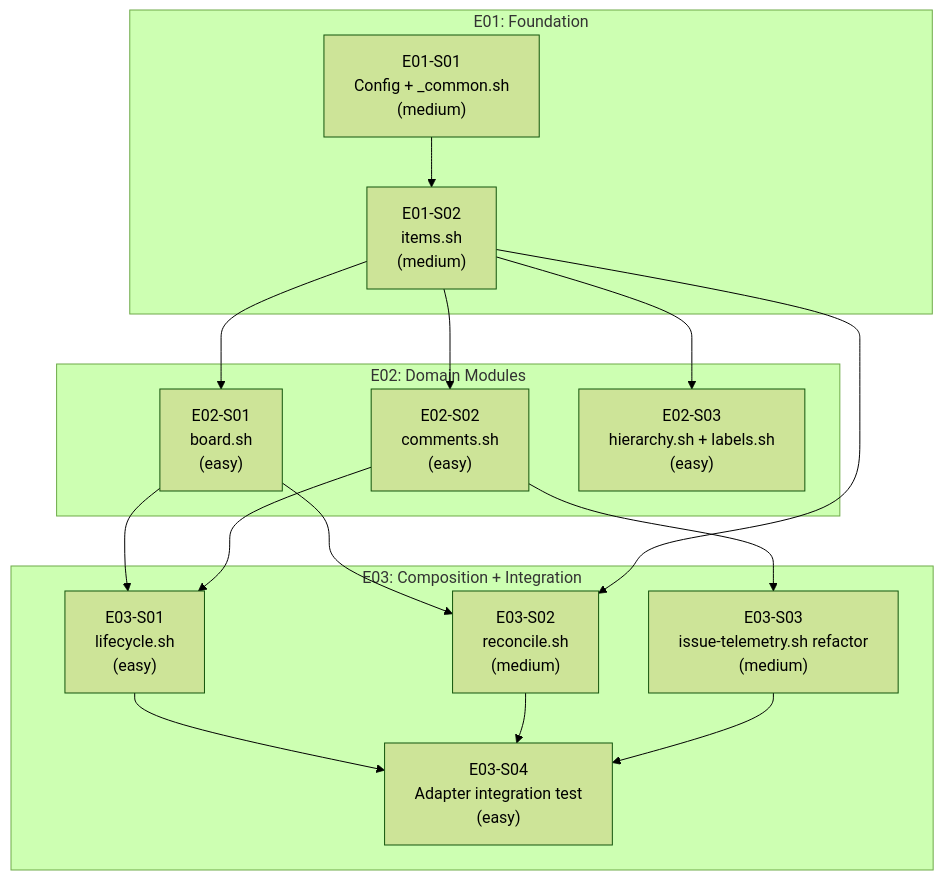
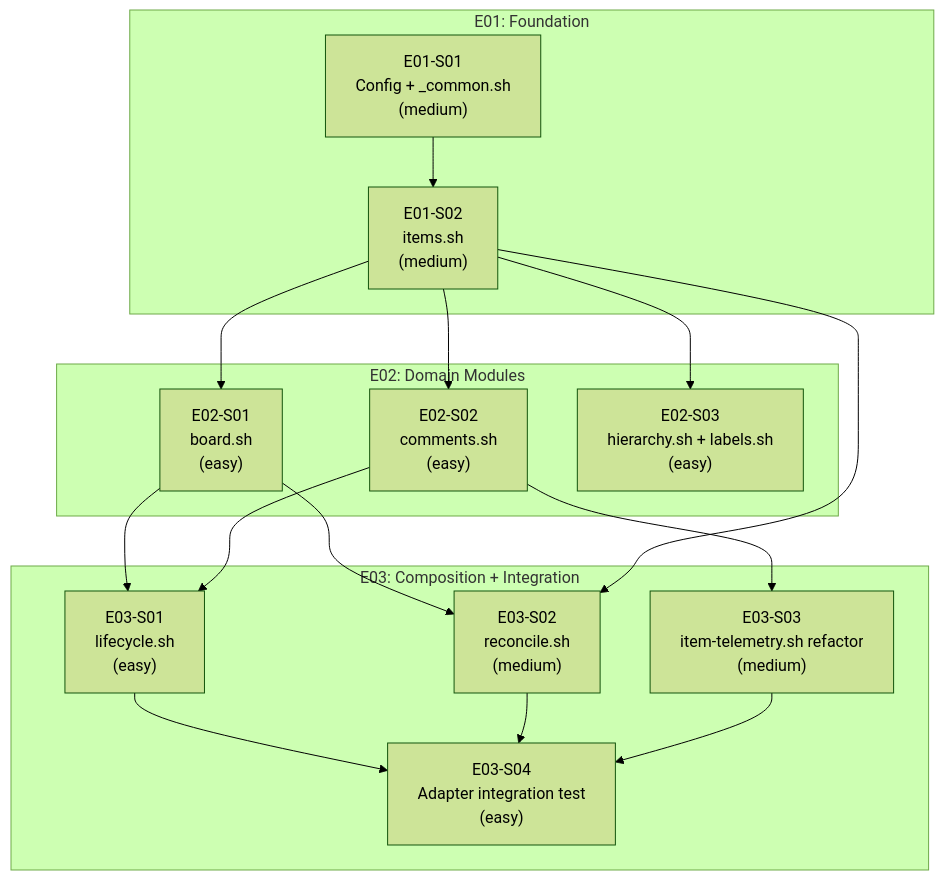
One commit to carlosboeing/agentic-sdlc-workflow changed the first of 2 diagrams in docs/3-plans/2026-03-18-local-first-pm-plan.md. Above: the diagram before and after it, drawn with Mermaid (forest theme). The commit also changed other lines of this file and 154 other files, not shown here.

First line of the commit message:
Gantt Chart Readability: Story Code Regression and Work Timeline Mode (#255)

````diff
--- a/docs/3-plans/2026-03-18-local-first-pm-plan.md
+++ b/docs/3-plans/2026-03-18-local-first-pm-plan.md
@@ -27,33 +27,33 @@
 ```mermaid
 graph TB
     subgraph "E01: Foundation"
         S01["E01-S01<br/>Config + _common.sh<br/>(medium)"]
         S02["E01-S02<br/>items.sh<br/>(medium)"]
     end
 
     subgraph "E02: Domain Modules"
         S03["E02-S01<br/>board.sh<br/>(easy)"]
         S04["E02-S02<br/>comments.sh<br/>(easy)"]
         S05["E02-S03<br/>hierarchy.sh + labels.sh<br/>(easy)"]
     end
 
     subgraph "E03: Composition + Integration"
         S06["E03-S01<br/>lifecycle.sh<br/>(easy)"]
         S07["E03-S02<br/>reconcile.sh<br/>(medium)"]
-        S08["E03-S03<br/>issue-telemetry.sh refactor<br/>(medium)"]
+        S08["E03-S03<br/>item-telemetry.sh refactor<br/>(medium)"]
         S09["E03-S04<br/>Adapter integration test<br/>(easy)"]
     end
 
     S01 --> S02
     S02 --> S03
     S02 --> S04
     S02 --> S05
     S03 --> S06
     S04 --> S06
     S03 --> S07
     S02 --> S07
     S04 --> S08
     S06 --> S09
     S07 --> S09
     S08 --> S09
 ```
````
